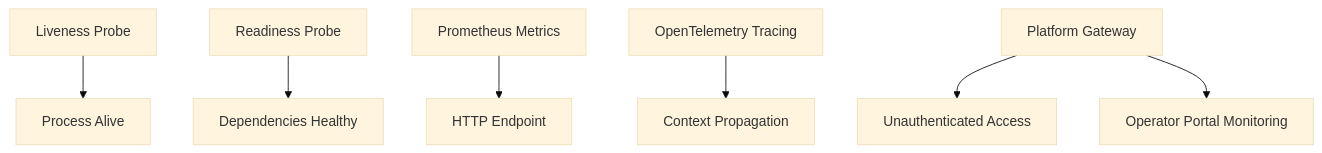
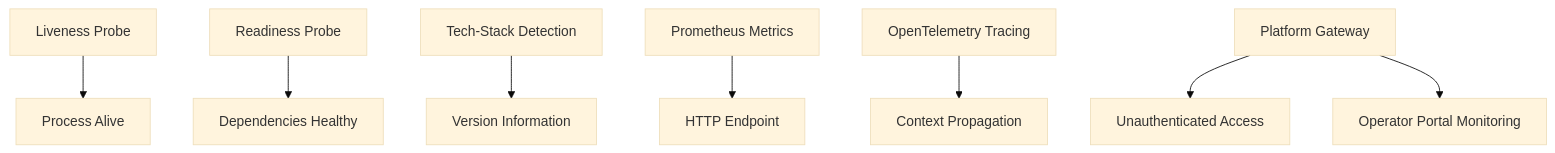
Before and after one commit to metasync/luban-aiops: the eighth of 10 diagrams in .qoder/repowiki/en/content/API Reference/Agent Platform API/Health & Monitoring API.md, drawn with Mermaid (base theme). The commit also changed other lines of this file and 6 other files, not shown here.

````diff
--- a/.qoder/repowiki/en/content/API Reference/Agent Platform API/Health & Monitoring API.md
+++ b/.qoder/repowiki/en/content/API Reference/Agent Platform API/Health & Monitoring API.md
@@ -380,9 +444,10 @@
 ```mermaid
 graph TB
 Liveness["Liveness Probe"] --> Process["Process Alive"]
 Readiness["Readiness Probe"] --> Dependencies["Dependencies Healthy"]
+TechDetection["Tech-Stack Detection"] --> Versions["Version Information"]
 Metrics["Prometheus Metrics"] --> Exporter["HTTP Endpoint"]
 Tracing["OpenTelemetry Tracing"] --> Propagation["Context Propagation"]
 Gateway["Platform Gateway"] --> Unauth["Unauthenticated Access"]
 Gateway --> OperatorPortal["Operator Portal Monitoring"]
 ```
````
